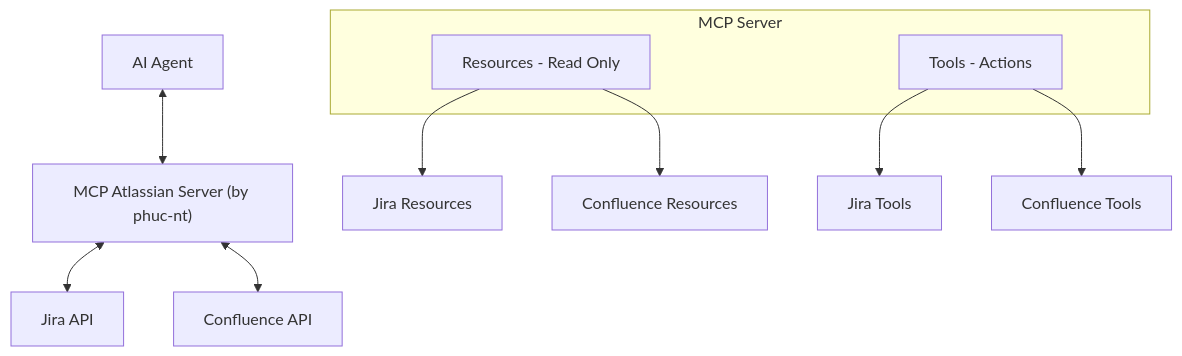
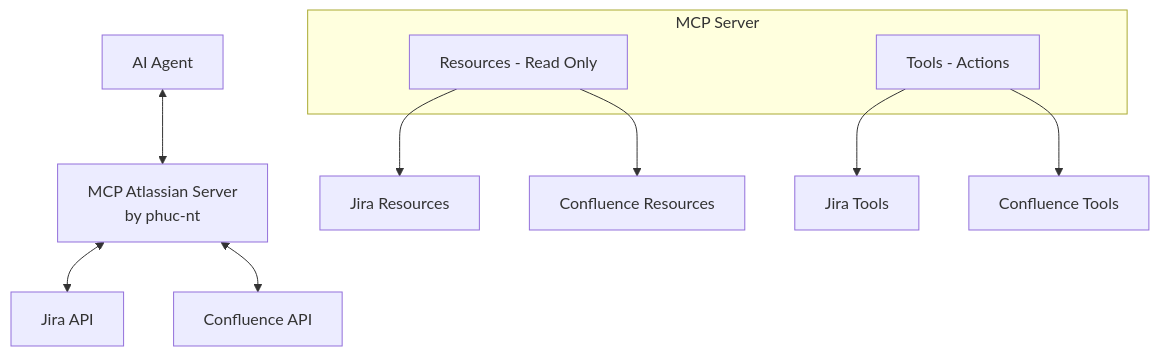
Before and after one commit to phuc-nt/auto-workflow-agent: the fifth of 5 diagrams in docs/knowledge/ai_agent_development_guide_part3.en.md, drawn with Mermaid. The commit also changed other lines of this file and 2 other files, not shown here.

First line of the commit message:
docs: refactor MCP Sub-agent implementation section

````diff
--- a/docs/knowledge/ai_agent_development_guide_part3.en.md
+++ b/docs/knowledge/ai_agent_development_guide_part3.en.md
@@ -224,16 +251,16 @@
 ```mermaid
 graph TD
-    AI[AI Agent] <--> MCP["MCP Atlassian Server (by phuc-nt)"]
+    AI[AI Agent] <--> MCP[MCP Atlassian Server<br>by phuc-nt]
     MCP <--> JiraAPI[Jira API]
     MCP <--> ConfAPI[Confluence API]
     
     subgraph "MCP Server"
         Resources[Resources - Read Only] 
         Tools[Tools - Actions]
     end
     
     Resources --> JiraRes[Jira Resources]
     Resources --> ConfRes[Confluence Resources]
     Tools --> JiraTools[Jira Tools]
     Tools --> ConfTools[Confluence Tools]
 ```
````
